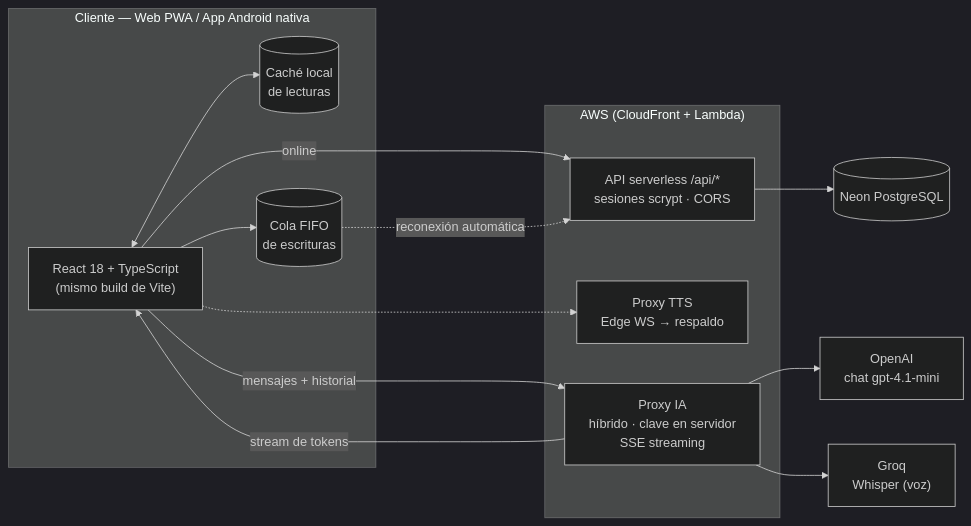
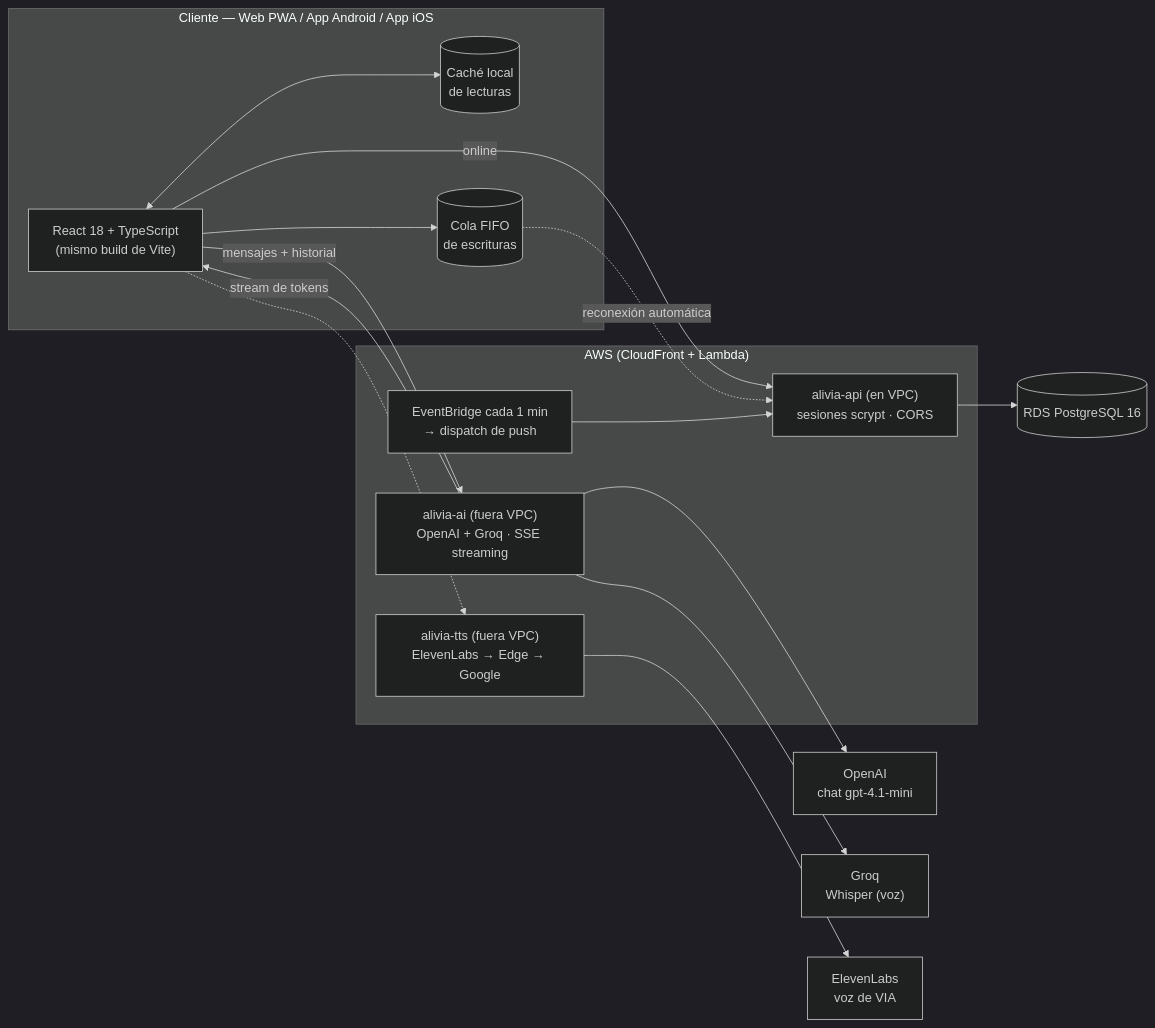
The first of 2 diagrams in README.md (Imandro/AliviaApp), drawn with Mermaid (dark theme) before and after one commit. The commit also changed other lines of this file and 1 other file, not shown here.

````diff
--- a/README.md
+++ b/README.md
@@ -84,29 +101,33 @@
 ```mermaid
 flowchart LR
-    subgraph Cliente["Cliente — Web PWA / App Android nativa"]
+    subgraph Cliente["Cliente — Web PWA / App Android / App iOS"]
         UI["React 18 + TypeScript<br/>(mismo build de Vite)"]
         CACHE[("Caché local<br/>de lecturas")]
         OUTBOX[("Cola FIFO<br/>de escrituras")]
         UI <--> CACHE
         UI --> OUTBOX
     end
 
     subgraph Nube["AWS (CloudFront + Lambda)"]
-        API["API serverless /api/*<br/>sesiones scrypt · CORS"]
-        TTS["Proxy TTS<br/>Edge WS → respaldo"]
-        AI["Proxy IA<br/>híbrido · clave en servidor<br/>SSE streaming"]
+        API["alivia-api (en VPC)<br/>sesiones scrypt · CORS"]
+        TTS["alivia-tts (fuera VPC)<br/>ElevenLabs → Edge → Google"]
+        AI["alivia-ai (fuera VPC)<br/>OpenAI + Groq · SSE streaming"]
+        CRON["EventBridge cada 1 min<br/>→ dispatch de push"]
     end
 
-    DB[("Neon PostgreSQL")]
+    DB[("RDS PostgreSQL 16")]
     OAI["OpenAI<br/>chat gpt-4.1-mini"]
     GROQ["Groq<br/>Whisper (voz)"]
+    ELEVEN["ElevenLabs<br/>voz de VIA"]
 
     UI -- "online" --> API
     OUTBOX -.->|"reconexión automática"| API
     UI -.-> TTS
     UI -- "mensajes + historial" --> AI
     AI -- "stream de tokens" --> UI
     AI --> OAI
     AI --> GROQ
+    TTS --> ELEVEN
+    CRON --> API
     API --> DB
 ```
````
